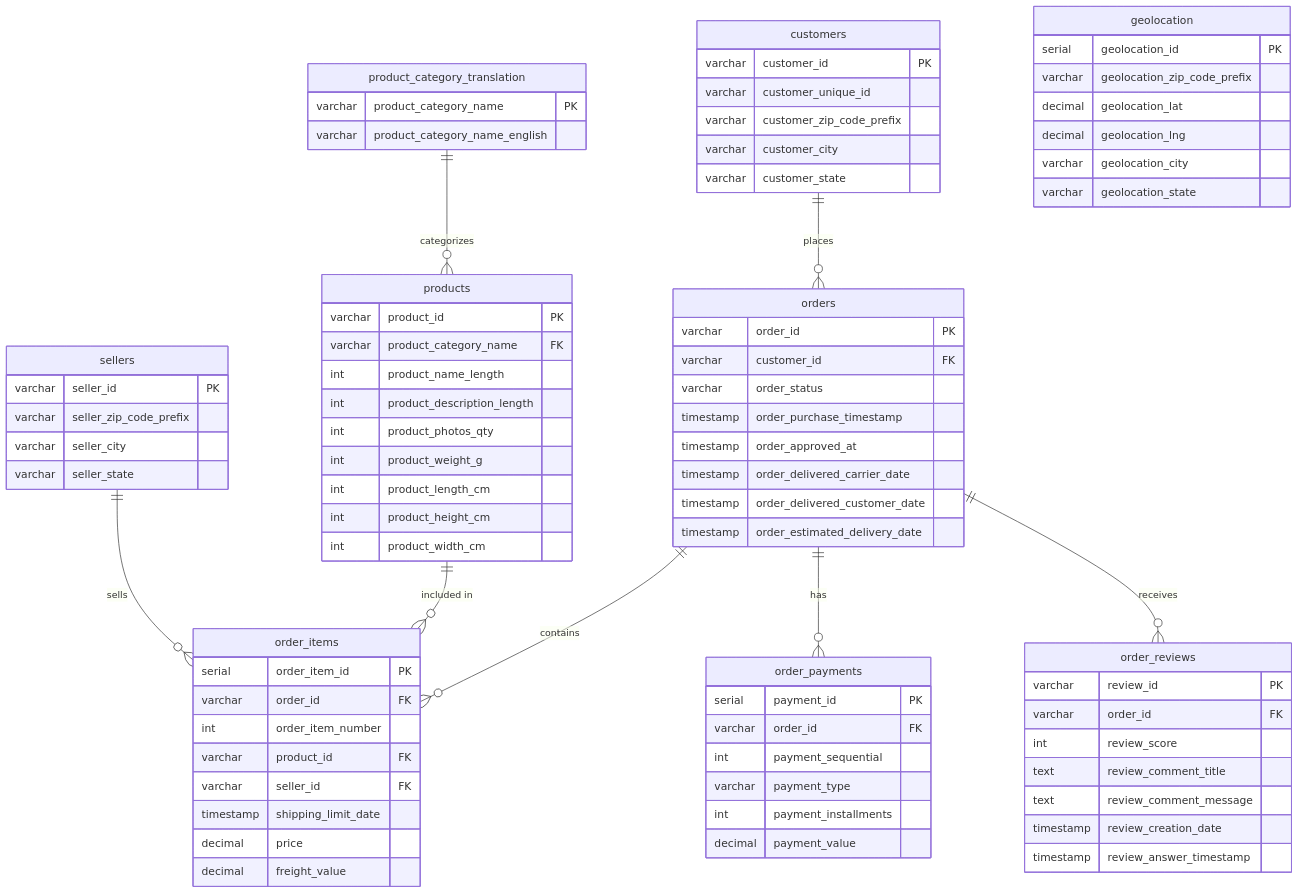
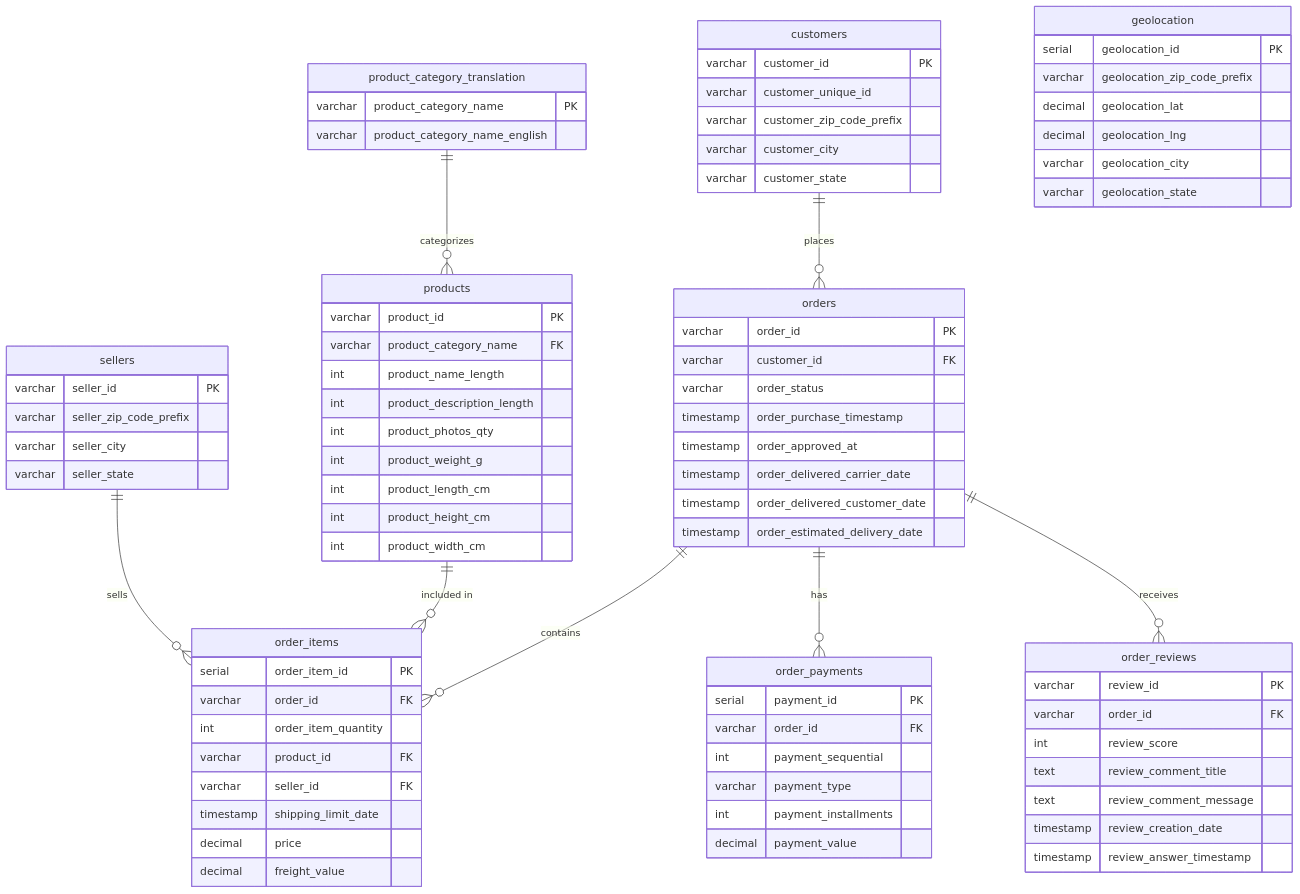
One commit to morten-l-k/cloud-native-shop changed the diagram in database/er-diagram.md. Above: the diagram before and after it, drawn with Mermaid. The commit also changed 3 other files, not shown here.

First line of the commit message:
Change attribute name order_item_number to order_item_quantity

```diff
--- a/database/er-diagram.md
+++ b/database/er-diagram.md
@@ -43,7 +43,7 @@
     order_items {
         serial order_item_id PK
         varchar order_id FK
-        int order_item_number
+        int order_item_quantity
         varchar product_id FK
         varchar seller_id FK
         timestamp shipping_limit_date
```
